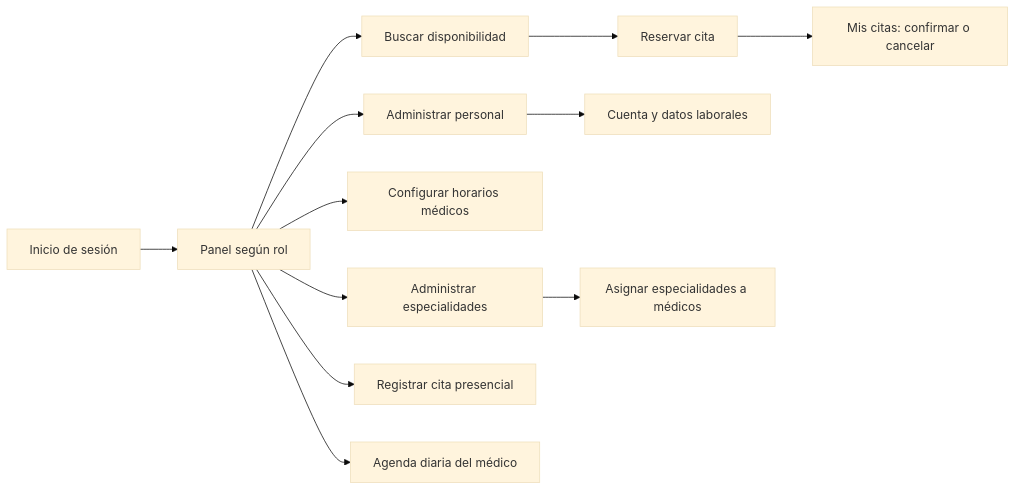
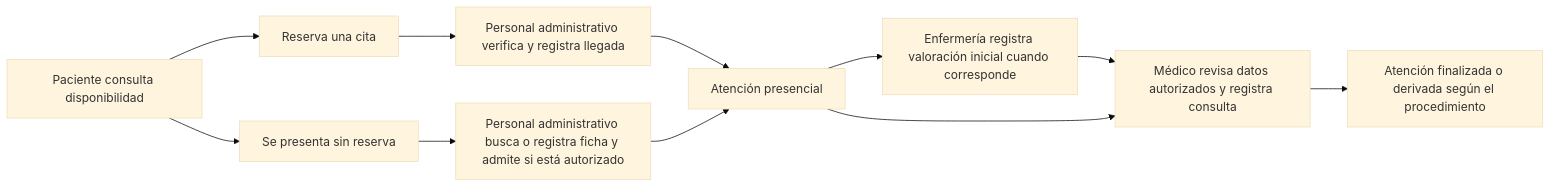
Before and after one commit to Criss010101/CentroDeSalud: the second of 2 diagrams in Sprint2.md, drawn with Mermaid (base theme). The commit also changed other lines of this file and 3 other files, not shown here.

````diff
--- a/Sprint2.md
+++ b/Sprint2.md
@@ -119,14 +176,13 @@
 ```mermaid
 flowchart LR
-    A[Inicio de sesión] --> B[Panel según rol]
-    B --> C[Administrar personal]
-    B --> D[Administrar especialidades]
-    B --> E[Configurar horarios médicos]
-    B --> F[Buscar disponibilidad]
-    F --> G[Reservar cita]
-    G --> H[Mis citas: confirmar o cancelar]
-    B --> I[Registrar cita presencial]
-    B --> J[Agenda diaria del médico]
-    C --> K[Cuenta y datos laborales]
-    D --> L[Asignar especialidades a médicos]
+    A[Paciente consulta disponibilidad] --> B[Reserva una cita]
+    A --> C[Se presenta sin reserva]
+    B --> D[Personal administrativo verifica y registra llegada]
+    C --> E[Personal administrativo busca o registra ficha y admite si está autorizado]
+    D --> F[Atención presencial]
+    E --> F
+    F --> G[Enfermería registra valoración inicial cuando corresponde]
+    G --> H[Médico revisa datos autorizados y registra consulta]
+    F --> H
+    H --> I[Atención finalizada o derivada según el procedimiento]
 ```
````
